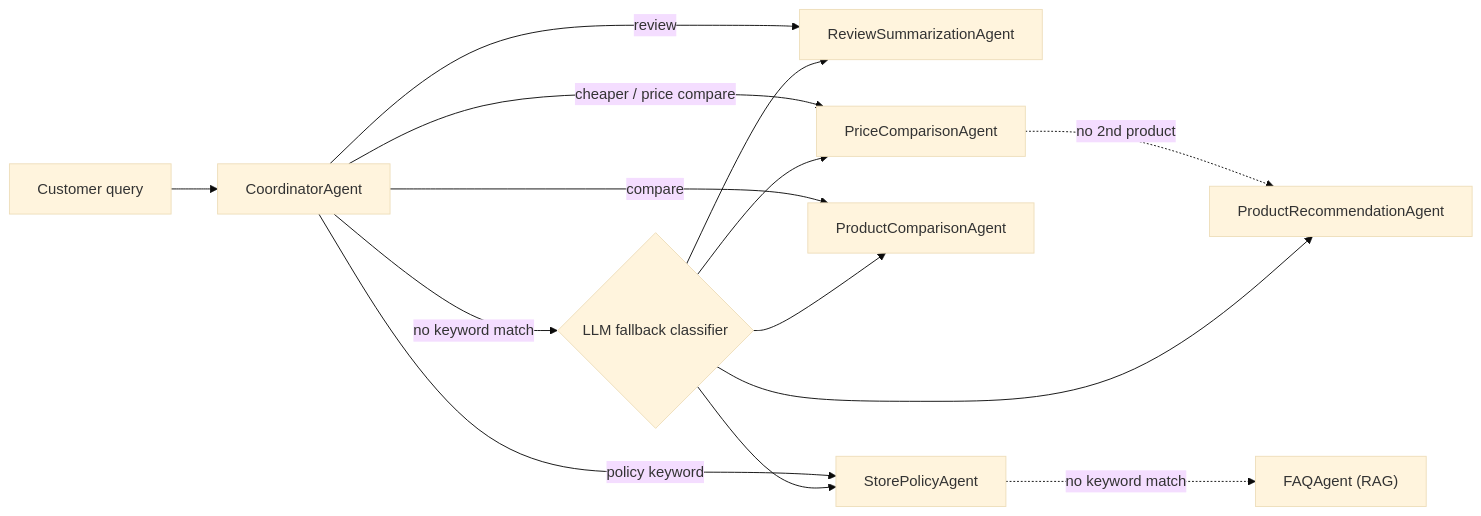
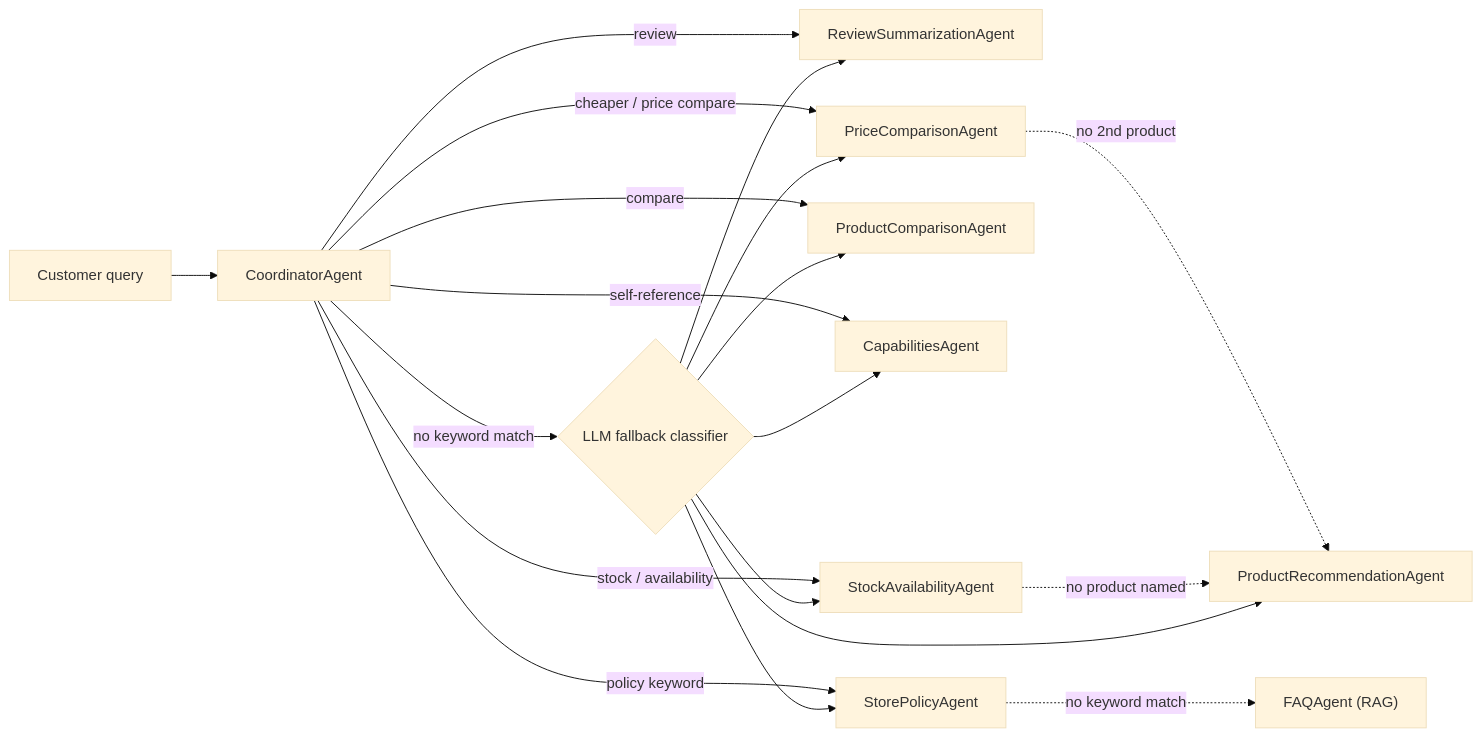
The second of 2 diagrams in pickr_report/report.md (Tegdam/pickr_ai), drawn with Mermaid (base theme) before and after one commit. The commit also changed other lines of this file and 1 other file, not shown here.

First line of the commit message:
docs: update README and report for the eight-agent architecture

````diff
--- a/pickr_report/report.md
+++ b/pickr_report/report.md
@@ -558,16 +641,21 @@
 ```mermaid
 flowchart LR
     Q[Customer query] --> C[CoordinatorAgent]
     C -->|"review"| RSA[ReviewSummarizationAgent]
     C -->|"cheaper" / price compare| PCA[PriceComparisonAgent]
     PCA -. no 2nd product .-> PRA[ProductRecommendationAgent]
     C -->|"compare"| PRCA[ProductComparisonAgent]
+    C -->|self-reference| CAP[CapabilitiesAgent]
+    C -->|"stock" / availability| STK[StockAvailabilityAgent]
+    STK -. no product named .-> PRA
     C -->|policy keyword| SPA[StorePolicyAgent]
     SPA -. no keyword match .-> FAQ["FAQAgent (RAG)"]
     C -->|no keyword match| LLM{LLM fallback classifier}
     LLM --> RSA
     LLM --> PCA
     LLM --> PRCA
     LLM --> SPA
     LLM --> PRA
+    LLM --> CAP
+    LLM --> STK
 ```
````
